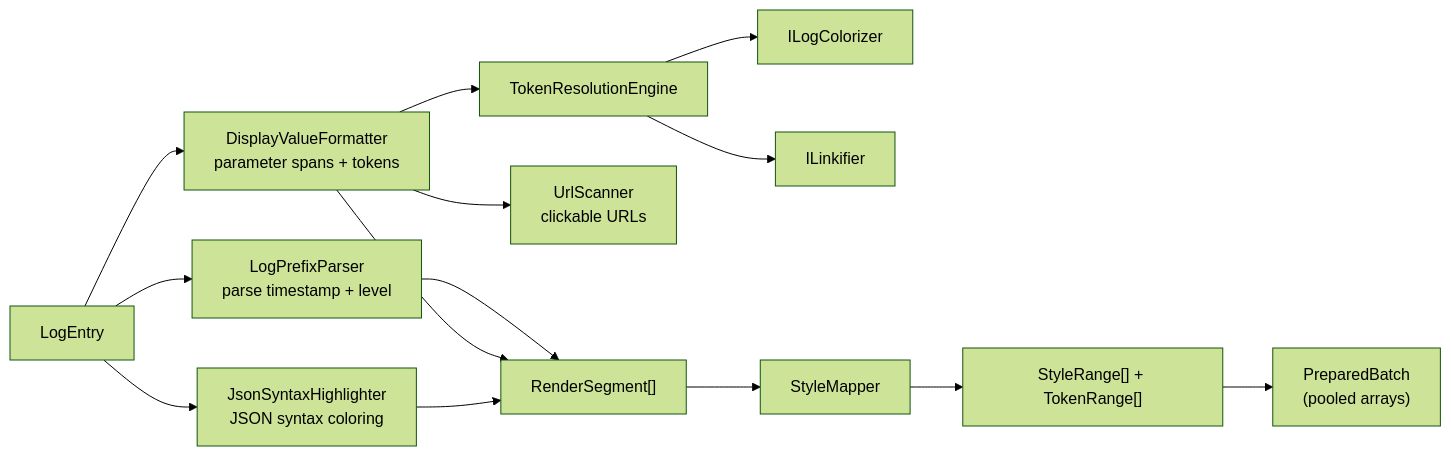
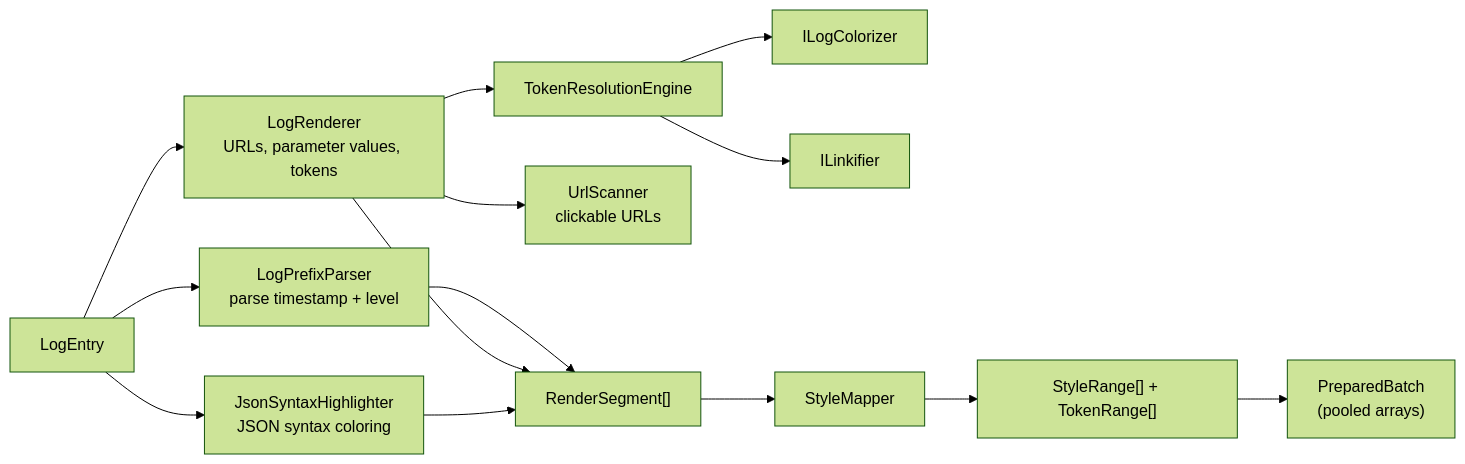
The third of 8 diagrams in docs/architecture.md (trgiangv/ZLogger.Scintilla), drawn with Mermaid (forest theme) before and after one commit. The commit also changed other lines of this file and 6 other files, not shown here.

````diff
--- a/docs/architecture.md
+++ b/docs/architecture.md
@@ -120,20 +143,20 @@
 ```mermaid
 flowchart LR
     Entry["LogEntry"] --> LPP["LogPrefixParser<br/>parse timestamp + level"]
-    Entry --> DVF["DisplayValueFormatter<br/>parameter spans + tokens"]
+    Entry --> LR["LogRenderer<br/>URLs, parameter values, tokens"]
     Entry --> JSH["JsonSyntaxHighlighter<br/>JSON syntax coloring"]
 
-    DVF --> TRE["TokenResolutionEngine"]
-    DVF --> URL["UrlScanner<br/>clickable URLs"]
+    LR --> TRE["TokenResolutionEngine"]
+    LR --> URL["UrlScanner<br/>clickable URLs"]
 
     TRE --> IC["ILogColorizer"]
     TRE --> IL["ILinkifier"]
 
     LPP --> Seg["RenderSegment[]"]
-    DVF --> Seg
+    LR --> Seg
     JSH --> Seg
 
     Seg --> SM["StyleMapper"]
     SM --> SR["StyleRange[] + TokenRange[]"]
     SR --> Batch["PreparedBatch<br/>(pooled arrays)"]
 ```
````
